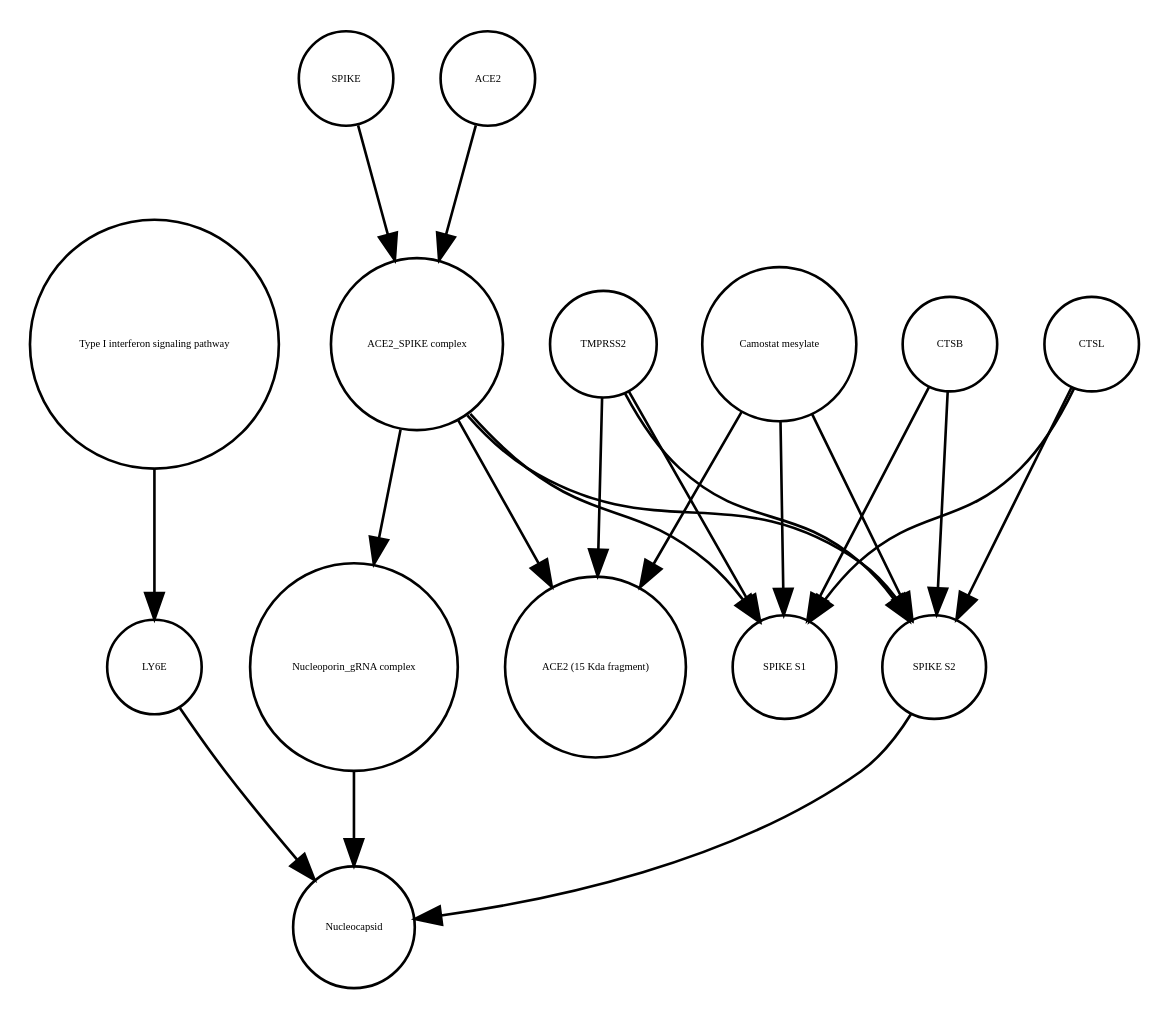
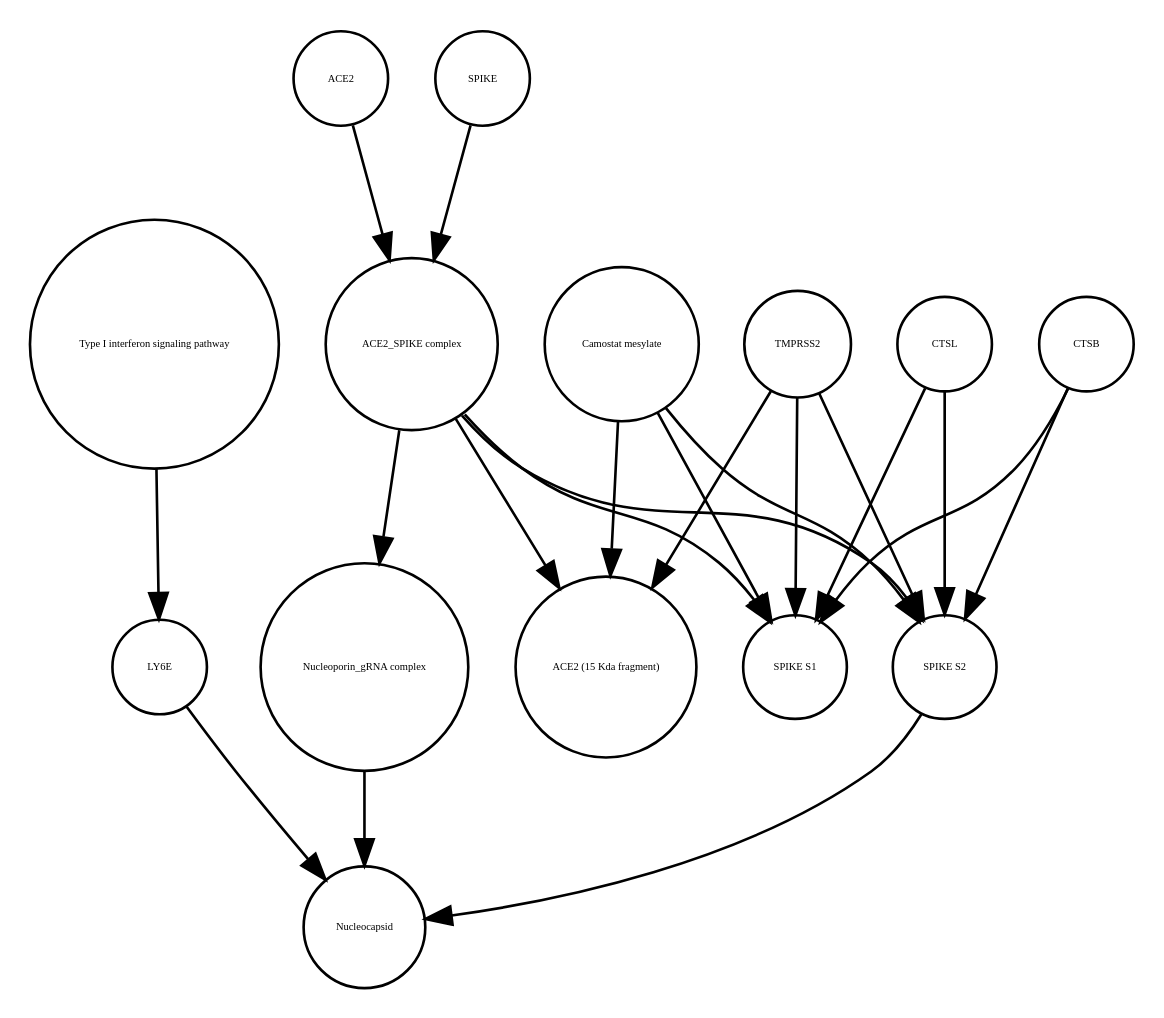
The diagram in Virus_replication_cycle_V01.xml_projected.dot (cannin/covid19-sbgn), drawn with Graphviz before and after one commit. The commit also changed 572 other files, not shown here.

```diff
--- a/Virus_replication_cycle_V01.xml_projected.dot
+++ b/Virus_replication_cycle_V01.xml_projected.dot
@@ -1,36 +1,36 @@
 strict digraph  {
 "Type I interferon signaling pathway" [annotation="", bipartite=0, cls=phenotype, fontsize=4, label="Type I interferon signaling pathway", shape=circle];
 LY6E [annotation="", bipartite=0, cls=macromolecule, fontsize=4, label=LY6E, shape=circle];
+"ACE2 (15 Kda fragment)" [annotation="", bipartite=0, cls=macromolecule, fontsize=4, label="ACE2 (15 Kda fragment)", shape=circle];
+CTSB [annotation="", bipartite=0, cls=macromolecule, fontsize=4, label=CTSB, shape=circle];
+ACE2 [annotation="", bipartite=0, cls=macromolecule, fontsize=4, label=ACE2, shape=circle];
+"Camostat mesylate" [annotation="urn_miriam_pubchem.compound_2536", bipartite=0, cls="simple chemical", fontsize=4, label="Camostat mesylate", shape=circle];
+"ACE2_SPIKE complex" [annotation="", bipartite=0, cls=complex, fontsize=4, label="ACE2_SPIKE complex", shape=circle];
 SPIKE [annotation="", bipartite=0, cls="macromolecule multimer", fontsize=4, label=SPIKE, shape=circle];
-"SPIKE S2" [annotation="", bipartite=0, cls=macromolecule, fontsize=4, label="SPIKE S2", shape=circle];
+Nucleocapsid [annotation="", bipartite=0, cls=complex, fontsize=4, label=Nucleocapsid, shape=circle];
+"SPIKE S1" [annotation="", bipartite=0, cls=macromolecule, fontsize=4, label="SPIKE S1", shape=circle];
 "Nucleoporin_gRNA complex " [annotation="", bipartite=0, cls=complex, fontsize=4, label="Nucleoporin_gRNA complex ", shape=circle];
 CTSL [annotation="", bipartite=0, cls=macromolecule, fontsize=4, label=CTSL, shape=circle];
 TMPRSS2 [annotation="", bipartite=0, cls=macromolecule, fontsize=4, label=TMPRSS2, shape=circle];
-"SPIKE S1" [annotation="", bipartite=0, cls=macromolecule, fontsize=4, label="SPIKE S1", shape=circle];
-"Camostat mesylate" [annotation="urn_miriam_pubchem.compound_2536", bipartite=0, cls="simple chemical", fontsize=4, label="Camostat mesylate", shape=circle];
-"ACE2_SPIKE complex" [annotation="", bipartite=0, cls=complex, fontsize=4, label="ACE2_SPIKE complex", shape=circle];
-CTSB [annotation="", bipartite=0, cls=macromolecule, fontsize=4, label=CTSB, shape=circle];
-Nucleocapsid [annotation="", bipartite=0, cls=complex, fontsize=4, label=Nucleocapsid, shape=circle];
-"ACE2 (15 Kda fragment)" [annotation="", bipartite=0, cls=macromolecule, fontsize=4, label="ACE2 (15 Kda fragment)", shape=circle];
-ACE2 [annotation="", bipartite=0, cls=macromolecule, fontsize=4, label=ACE2, shape=circle];
+"SPIKE S2" [annotation="", bipartite=0, cls=macromolecule, fontsize=4, label="SPIKE S2", shape=circle];
 "Type I interferon signaling pathway" -> LY6E  [annotation="", interaction_type=stimulation];
-LY6E -> Nucleocapsid  [annotation="urn_miriam_doi_10.1101%2F2020.03.05.979260", interaction_type=inhibition];
+LY6E -> Nucleocapsid  [annotation="urn_miriam_doi_10.1101%2F2020.03.05.979260|urn_miriam_pubmed_32142651|urn_miriam_pubmed_32094589", interaction_type=inhibition];
+CTSB -> "SPIKE S1"  [annotation=urn_miriam_pubmed_32142651, interaction_type=catalysis];
+CTSB -> "SPIKE S2"  [annotation=urn_miriam_pubmed_32142651, interaction_type=catalysis];
+ACE2 -> "ACE2_SPIKE complex"  [annotation="", interaction_type=production];
+"Camostat mesylate" -> "ACE2 (15 Kda fragment)"  [annotation="urn_miriam_pubmed_32142651|urn_miriam_pubmed_32094589|urn_miriam_pubmed_24227843", interaction_type=inhibition];
+"Camostat mesylate" -> "SPIKE S1"  [annotation="urn_miriam_pubmed_32142651|urn_miriam_pubmed_32094589|urn_miriam_pubmed_24227843", interaction_type=inhibition];
+"Camostat mesylate" -> "SPIKE S2"  [annotation="urn_miriam_pubmed_32142651|urn_miriam_pubmed_32094589|urn_miriam_pubmed_24227843", interaction_type=inhibition];
+"ACE2_SPIKE complex" -> "Nucleoporin_gRNA complex "  [annotation="urn_miriam_pubmed_32142651|urn_miriam_pubmed_32094589", interaction_type=stimulation];
+"ACE2_SPIKE complex" -> "SPIKE S1"  [annotation="", interaction_type=production];
+"ACE2_SPIKE complex" -> "SPIKE S2"  [annotation="", interaction_type=production];
+"ACE2_SPIKE complex" -> "ACE2 (15 Kda fragment)"  [annotation="", interaction_type=production];
 SPIKE -> "ACE2_SPIKE complex"  [annotation="", interaction_type=production];
-"SPIKE S2" -> Nucleocapsid  [annotation="urn_miriam_doi_10.1101%2F2020.03.05.979260", interaction_type=stimulation];
 "Nucleoporin_gRNA complex " -> Nucleocapsid  [annotation="", interaction_type=production];
+CTSL -> "SPIKE S1"  [annotation=urn_miriam_pubmed_32142651, interaction_type=catalysis];
 CTSL -> "SPIKE S2"  [annotation=urn_miriam_pubmed_32142651, interaction_type=catalysis];
-CTSL -> "SPIKE S1"  [annotation=urn_miriam_pubmed_32142651, interaction_type=catalysis];
-TMPRSS2 -> "SPIKE S2"  [annotation="urn_miriam_pubmed_32142651|urn_miriam_pubmed_32094589|urn_miriam_pubmed_24227843", interaction_type=catalysis];
 TMPRSS2 -> "ACE2 (15 Kda fragment)"  [annotation="urn_miriam_pubmed_32142651|urn_miriam_pubmed_32094589|urn_miriam_pubmed_24227843", interaction_type=catalysis];
 TMPRSS2 -> "SPIKE S1"  [annotation="urn_miriam_pubmed_32142651|urn_miriam_pubmed_32094589|urn_miriam_pubmed_24227843", interaction_type=catalysis];
-"Camostat mesylate" -> "SPIKE S2"  [annotation="urn_miriam_pubmed_32142651|urn_miriam_pubmed_32094589|urn_miriam_pubmed_24227843", interaction_type=inhibition];
-"Camostat mesylate" -> "ACE2 (15 Kda fragment)"  [annotation="urn_miriam_pubmed_32142651|urn_miriam_pubmed_32094589|urn_miriam_pubmed_24227843", interaction_type=inhibition];
-"Camostat mesylate" -> "SPIKE S1"  [annotation="urn_miriam_pubmed_32142651|urn_miriam_pubmed_32094589|urn_miriam_pubmed_24227843", interaction_type=inhibition];
-"ACE2_SPIKE complex" -> "ACE2 (15 Kda fragment)"  [annotation="", interaction_type=production];
-"ACE2_SPIKE complex" -> "SPIKE S2"  [annotation="", interaction_type=production];
-"ACE2_SPIKE complex" -> "SPIKE S1"  [annotation="", interaction_type=production];
-"ACE2_SPIKE complex" -> "Nucleoporin_gRNA complex "  [annotation="urn_miriam_pubmed_32142651|urn_miriam_pubmed_32094589", interaction_type=stimulation];
-CTSB -> "SPIKE S2"  [annotation=urn_miriam_pubmed_32142651, interaction_type=catalysis];
-CTSB -> "SPIKE S1"  [annotation=urn_miriam_pubmed_32142651, interaction_type=catalysis];
-ACE2 -> "ACE2_SPIKE complex"  [annotation="", interaction_type=production];
+TMPRSS2 -> "SPIKE S2"  [annotation="urn_miriam_pubmed_32142651|urn_miriam_pubmed_32094589|urn_miriam_pubmed_24227843", interaction_type=catalysis];
+"SPIKE S2" -> Nucleocapsid  [annotation="urn_miriam_doi_10.1101%2F2020.03.05.979260|urn_miriam_pubmed_32142651|urn_miriam_pubmed_32094589", interaction_type=stimulation];
 }
```
